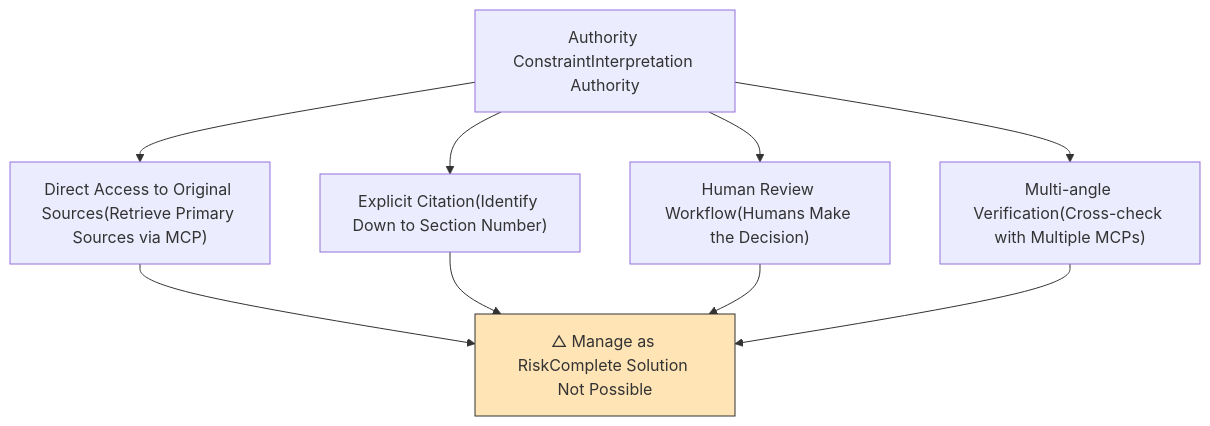
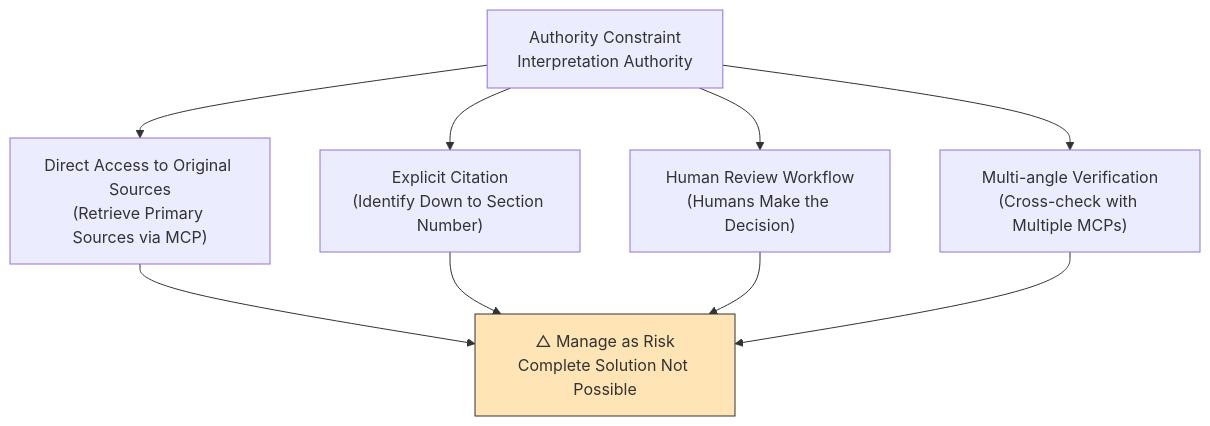
One commit to shuji-bonji/ai-agent-architecture changed the sixth of 10 diagrams in docs/concepts/05-solving-ai-limitations.md. Above: the diagram before and after it, drawn with Mermaid. The commit also changed other lines of this file and 8 other files, not shown here.

````diff
--- a/docs/concepts/05-solving-ai-limitations.md
+++ b/docs/concepts/05-solving-ai-limitations.md
@@ -213,16 +213,16 @@
 ```mermaid
 flowchart TB
-    PROBLEM["Authority Constraint<bn>Interpretation Authority"]
+    PROBLEM["Authority Constraint<br>Interpretation Authority"]
 
-    PROBLEM --> DIRECT["Direct Access to Original Sources<bn>(Retrieve Primary Sources via MCP)"]
-    PROBLEM --> CITE["Explicit Citation<bn>(Identify Down to Section Number)"]
-    PROBLEM --> WORKFLOW["Human Review Workflow<bn>(Humans Make the Decision)"]
-    PROBLEM --> MULTI["Multi-angle Verification<bn>(Cross-check with Multiple MCPs)"]
+    PROBLEM --> DIRECT["Direct Access to Original Sources<br>(Retrieve Primary Sources via MCP)"]
+    PROBLEM --> CITE["Explicit Citation<br>(Identify Down to Section Number)"]
+    PROBLEM --> WORKFLOW["Human Review Workflow<br>(Humans Make the Decision)"]
+    PROBLEM --> MULTI["Multi-angle Verification<br>(Cross-check with Multiple MCPs)"]
 
-    DIRECT --> EVAL["△ Manage as Risk<bn>Complete Solution Not Possible"]
+    DIRECT --> EVAL["△ Manage as Risk<br>Complete Solution Not Possible"]
     CITE --> EVAL
     WORKFLOW --> EVAL
     MULTI --> EVAL
 
     style EVAL fill:#FFE4B5,color:#333,stroke:#333
 ```
````
